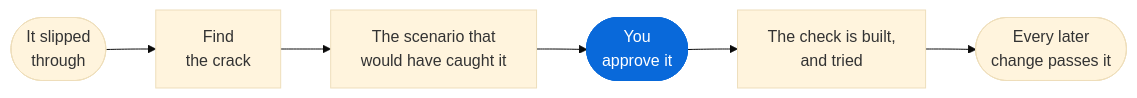
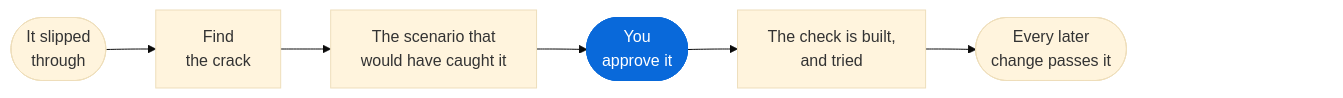
The fourth of 4 diagrams in skills/README.md (MarsGotta/gdd), drawn with Mermaid (base theme) before and after one commit. The commit also changed other lines of this file and 1 other file, not shown here.

First line of the commit message:
Keep the diagrams clear of GitHub's zoom buttons

````diff
--- a/skills/README.md
+++ b/skills/README.md
@@ -217,12 +217,16 @@
 ```mermaid
 flowchart LR
     accTitle: Hardening, step by step
     accDescr: Something slipped through. The orchestrator finds the crack in the brief and the log, proposes the scenario that would have caught it, you approve the change to the blueprint, the check is built and tried, and every later change passes it.
     S(["It slipped<br/>through"]) --> C["Find<br/>the crack"]
     C --> P["The scenario that<br/>would have caught it"]
     P --> A(["You<br/>approve it"])
     A --> K["The check is built,<br/>and tried"]
     K --> E(["Every later<br/>change passes it"])
+    %% An empty node keeps the right side free: GitHub draws its zoom buttons there
+    E ~~~ Z["zoom buttons"]
     classDef you fill:#0969da,stroke:#0969da,color:#ffffff
+    classDef room fill:none,stroke:none,color:transparent
     class A you
+    class Z room
 ```
````
